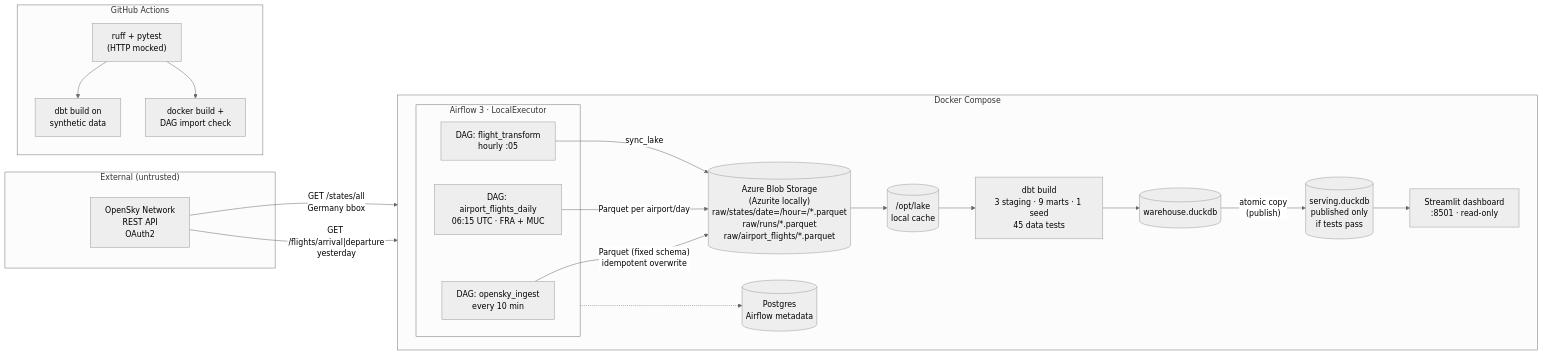
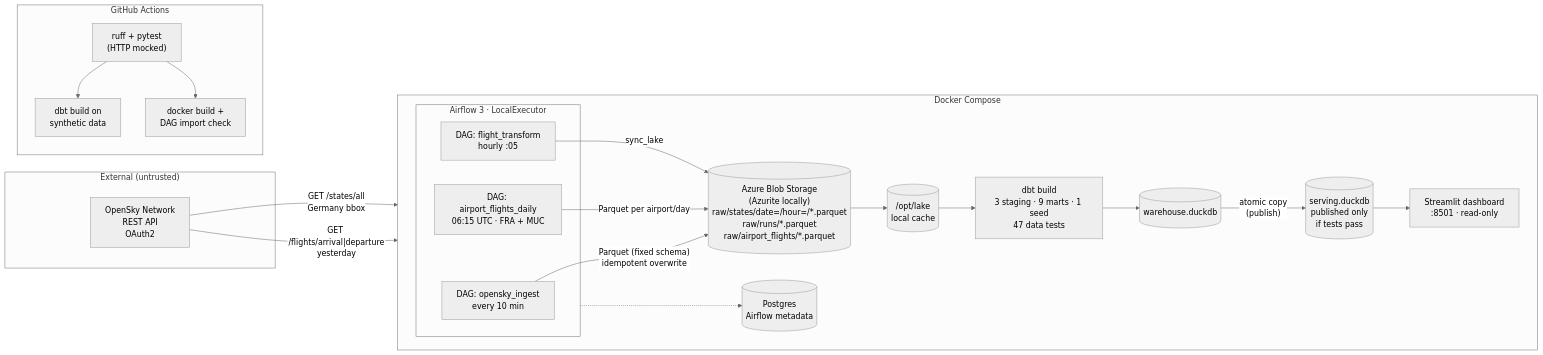
The diagram in README.md (chiranjeev89/opensky-flight-pipeline), drawn with Mermaid (neutral theme) before and after one commit. The commit also changed other lines of this file and 21 other files, not shown here.

````diff
--- a/README.md
+++ b/README.md
@@ -29,36 +29,36 @@
 ```mermaid
 flowchart LR
     subgraph EXT["External (untrusted)"]
         OS["OpenSky Network<br/>REST API<br/>OAuth2"]
     end
 
     subgraph DC["Docker Compose"]
         direction LR
         subgraph AF["Airflow 3 · LocalExecutor"]
             I["DAG: opensky_ingest<br/>every 10 min"]
             T["DAG: flight_transform<br/>hourly :05"]
             A["DAG: airport_flights_daily<br/>06:15 UTC · FRA + MUC"]
         end
         BLOB[("Azure Blob Storage<br/>(Azurite locally)<br/>raw/states/date=/hour=/*.parquet<br/>raw/runs/*.parquet<br/>raw/airport_flights/*.parquet")]
         LAKE[("/opt/lake<br/>local cache")]
-        DBT["dbt build<br/>3 staging · 9 marts · 1 seed<br/>45 data tests"]
+        DBT["dbt build<br/>3 staging · 9 marts · 1 seed<br/>47 data tests"]
         WH[("warehouse.duckdb")]
         SV[("serving.duckdb<br/>published only<br/>if tests pass")]
         DASH["Streamlit dashboard<br/>:8501 · read-only"]
         PG[("Postgres<br/>Airflow metadata")]
     end
 
     subgraph CI["GitHub Actions"]
         C1["ruff + pytest<br/>(HTTP mocked)"] --> C2["dbt build on<br/>synthetic data"]
         C1 --> C3["docker build +<br/>DAG import check"]
     end
 
     OS -- "GET /states/all<br/>Germany bbox" --> I
     I -- "Parquet (fixed schema)<br/>idempotent overwrite" --> BLOB
     OS -- "GET /flights/arrival|departure<br/>yesterday" --> A
     A -- "Parquet per airport/day" --> BLOB
     T -- "sync_lake" --> BLOB
     BLOB --> LAKE --> DBT --> WH
     WH -- "atomic copy<br/>(publish)" --> SV --> DASH
     AF -.-> PG
 ```
````
